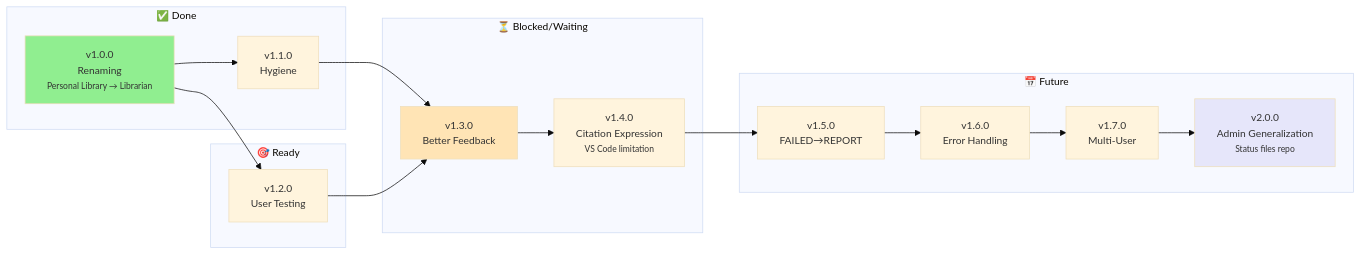
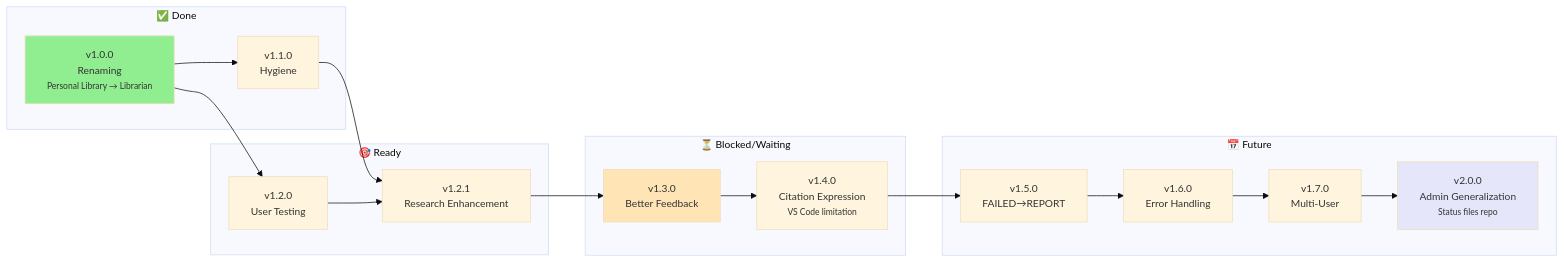
One commit to nonlinear/librarian changed the diagram in MGMT/ROADMAP.md. Above: the diagram before and after it, drawn with Mermaid. The commit also changed other lines of this file and 7 other files, not shown here.

````diff
--- a/MGMT/ROADMAP.md
+++ b/MGMT/ROADMAP.md
@@ -16,38 +16,40 @@
 ```mermaid
 %%{init: {'theme':'base', 'themeVariables': { 'fontSize':'14px'}}}%%
 graph LR
     subgraph "✅ Done"
         V1[v1.0.0<br/>Renaming<br/><small>Personal Library → Librarian</small>]
         V11[v1.1.0<br/>Hygiene]
     end
 
     subgraph "🎯 Ready"
         V12[v1.2.0<br/>User Testing]
+        V121[v1.2.1<br/>Research Enhancement]
     end
 
     subgraph "⏳ Blocked/Waiting"
         V14[v1.4.0<br/>Citation Expression<br/><small>VS Code limitation</small>]
         V13[v1.3.0<br/>Better Feedback]
     end
 
     subgraph "📅 Future"
         V15[v1.5.0<br/>FAILED→REPORT]
         V16[v1.6.0<br/>Error Handling]
         V17[v1.7.0<br/>Multi-User]
         V2[v2.0.0<br/>Admin Generalization<br/><small>Status files repo</small>]
     end
 
     V1 --> V11
     V1 --> V12
-    V11 --> V13
-    V12 --> V13
+    V11 --> V121
+    V12 --> V121
+    V121 --> V13
     V13 --> V14
     V14 --> V15
     V15 --> V16
     V16 --> V17
     V17 --> V2
 
     style V1 fill:#90EE90
     style V13 fill:#FFE4B5
     style V2 fill:#E6E6FA
 ```
````
